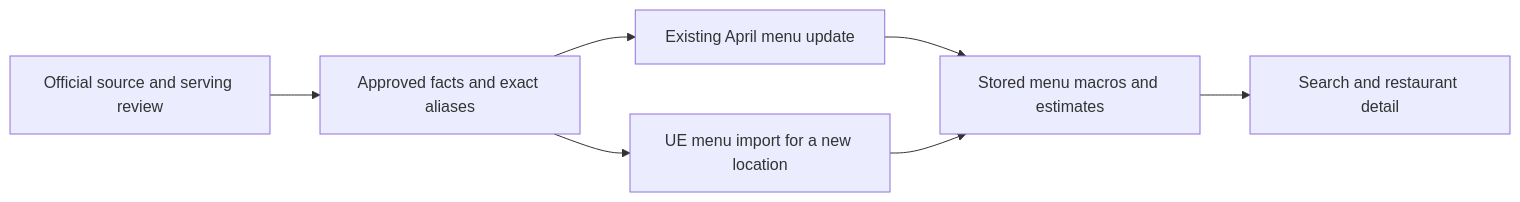
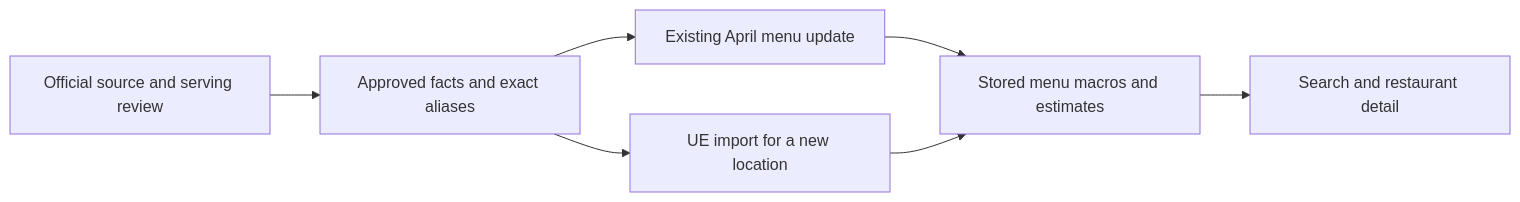
The diagram in docs/engineering/pipeline/chain-production-rollout-2026-09-12.md (dgmolla/fitsy), drawn with Mermaid before and after one commit. The commit also changed other lines of this file and 3 other files, not shown here.

````diff
--- a/docs/engineering/pipeline/chain-production-rollout-2026-09-12.md
+++ b/docs/engineering/pipeline/chain-production-rollout-2026-09-12.md
@@ -95,9 +31,9 @@
 ```mermaid
 flowchart LR
   S[Official source and serving review] --> C[Approved facts and exact aliases]
   C --> A[Existing April menu update]
-  C --> U[UE menu import for a new location]
+  C --> U[UE import for a new location]
   A --> P[Stored menu macros and estimates]
   U --> P
   P --> API[Search and restaurant detail]
 ```
````
